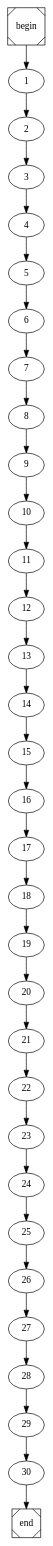
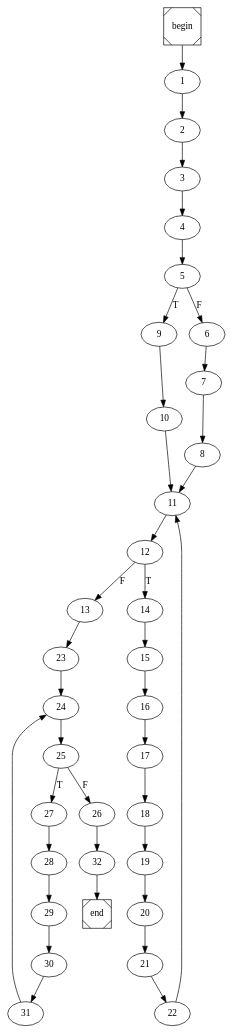
The diagram in main.dot (arubenruben/JMM-Compiler), drawn with Graphviz before and after one commit. The commit also changed 7 other files, not shown here.

```diff
--- a/main.dot
+++ b/main.dot
@@ -1,4 +1,4 @@
 digraph cfg {
 	begin [shape=Msquare];
 	end [shape=Msquare];
-	begin -> 1;	1 -> 2;	2 -> 3;	3 -> 4;	4 -> 5;	5 -> 6;	6 -> 7;	7 -> 8;	8 -> 9;	9 -> 10;	10 -> 11;	11 -> 12;	12 -> 13;	13 -> 14;	14 -> 15;	15 -> 16;	16 -> 17;	17 -> 18;	18 -> 19;	19 -> 20;	20 -> 21;	21 -> 22;	22 -> 23;	23 -> 24;	24 -> 25;	25 -> 26;	26 -> 27;	27 -> 28;	28 -> 29;	29 -> 30;	30 -> end;}
+	begin -> 1;	1 -> 2;	2 -> 3;	3 -> 4;	4 -> 5;	5 -> 9[label=T];	5 -> 6[label=F];	6 -> 7;	7 -> 8;	8 -> 11;	9 -> 10;	10 -> 11;	11 -> 12;	12 -> 14[label=T];	12 -> 13[label=F];	13 -> 23;	14 -> 15;	15 -> 16;	16 -> 17;	17 -> 18;	18 -> 19;	19 -> 20;	20 -> 21;	21 -> 22;	22 -> 11;	23 -> 24;	24 -> 25;	25 -> 27[label=T];	25 -> 26[label=F];	26 -> 32;	27 -> 28;	28 -> 29;	29 -> 30;	30 -> 31;	31 -> 24;	32 -> end;}
```
